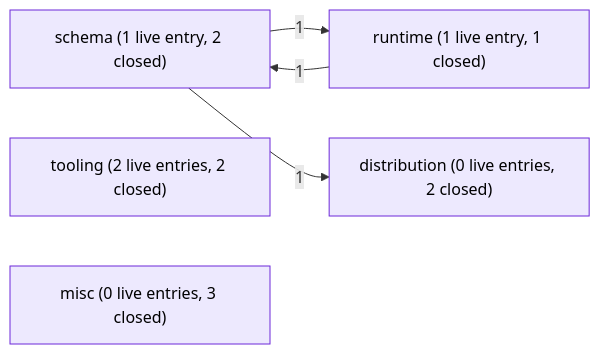
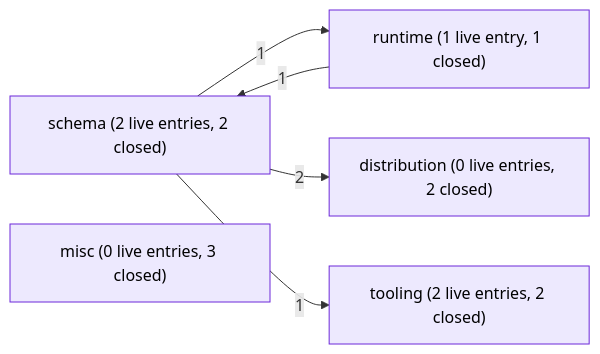
Before and after one commit to open-platform-model/enhancements: the first of 6 diagrams in tools/enh/internal/index/testdata/tree.want/GRAPH.md, drawn with Mermaid. The commit also changed other lines of this file and 8 other files, not shown here.

First line of the commit message:
feat: list the old-layout live entries in INDEX and GRAPH until M4

````diff
--- a/tools/enh/internal/index/testdata/tree.want/GRAPH.md
+++ b/tools/enh/internal/index/testdata/tree.want/GRAPH.md
@@ -17,21 +17,22 @@
 ```mermaid
 graph LR
   classDef draft       fill:#fef3c7,stroke:#b45309,color:#000
   classDef accepted    fill:#dbeafe,stroke:#1d4ed8,color:#000
   classDef rejected    fill:#fee2e2,stroke:#b91c1c,color:#7f1d1d,stroke-dasharray:4 2
   classDef withdrawn   fill:#fef2f2,stroke:#b91c1c,color:#7f1d1d,stroke-dasharray:1 3
   classDef superseded  fill:#e5e7eb,stroke:#6b7280,color:#6b7280
   classDef delivered   fill:#dcfce7,stroke:#15803d,color:#14532d
   classDef stub        fill:#f3f4f6,stroke:#9ca3af,color:#374151
   classDef category    fill:#ede9fe,stroke:#6d28d9,color:#000
 
-  Cschema["schema (1 live entry, 2 closed)"]:::category
+  Cschema["schema (2 live entries, 2 closed)"]:::category
   Cruntime["runtime (1 live entry, 1 closed)"]:::category
   Cdistribution["distribution (0 live entries, 2 closed)"]:::category
   Ctooling["tooling (2 live entries, 2 closed)"]:::category
   Cmisc["misc (0 live entries, 3 closed)"]:::category
 
   Cschema -->|1| Cruntime
-  Cschema -->|1| Cdistribution
+  Cschema -->|2| Cdistribution
+  Cschema -->|1| Ctooling
   Cruntime -->|1| Cschema
 ```
````
